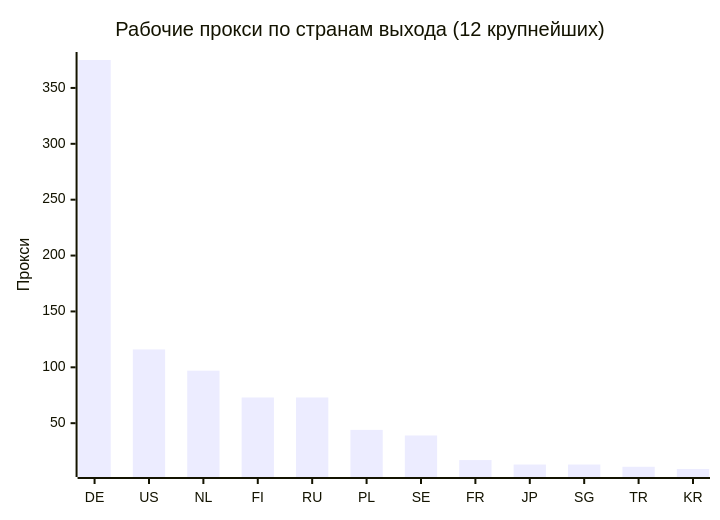
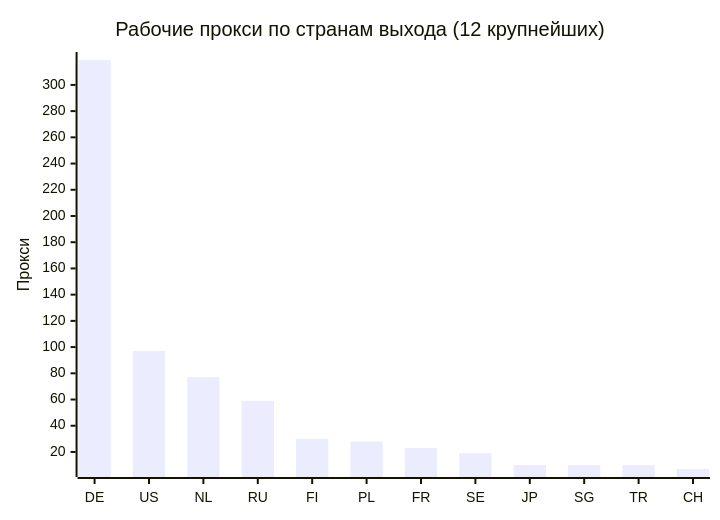
One commit to rvvg/proxy-subs changed the second of 4 diagrams in README.md. Above: the diagram before and after it, drawn with Mermaid. The commit also changed other lines of this file and 42 other files, not shown here.

````diff
--- a/README.md
+++ b/README.md
@@ -122,7 +120,7 @@
 ```mermaid
 xychart-beta
     title "Рабочие прокси по странам выхода (12 крупнейших)"
-    x-axis ["DE", "US", "NL", "FI", "RU", "PL", "SE", "FR", "JP", "SG", "TR", "KR"]
+    x-axis ["DE", "US", "NL", "RU", "FI", "PL", "FR", "SE", "JP", "SG", "TR", "CH"]
     y-axis "Прокси"
-    bar [375, 116, 97, 73, 73, 44, 39, 17, 13, 13, 11, 9]
+    bar [319, 97, 77, 59, 30, 28, 23, 19, 10, 10, 10, 7]
 ```
````
